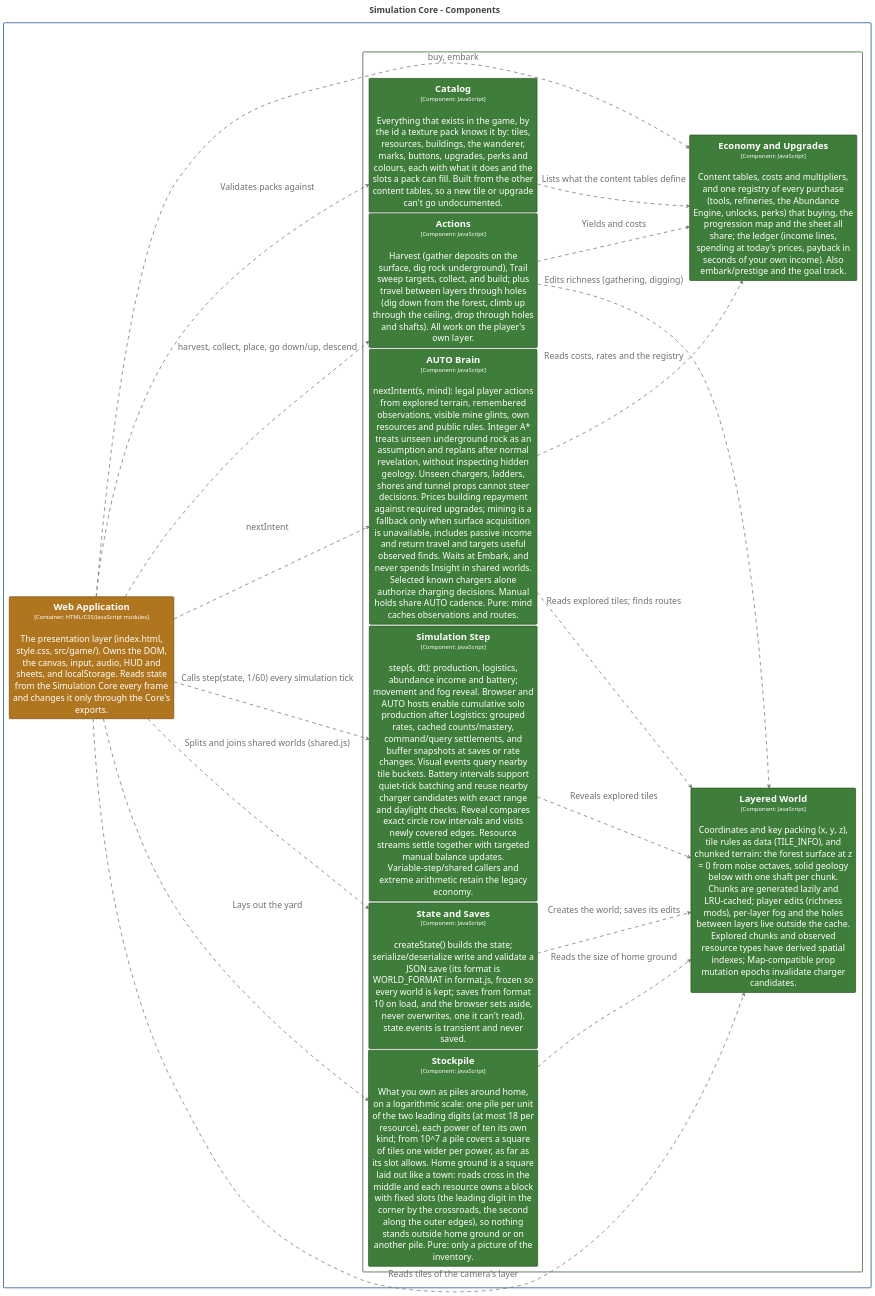
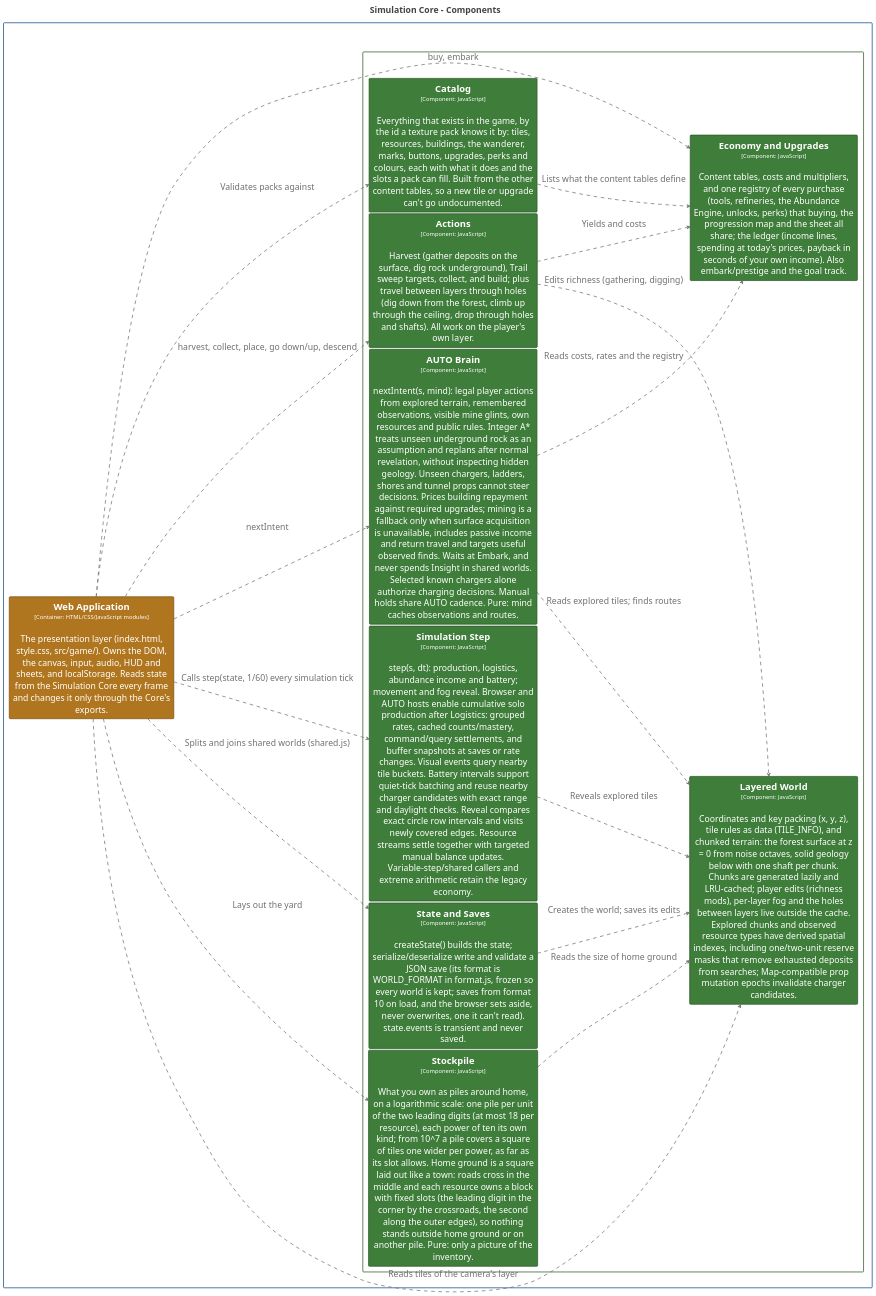
One commit to bitkojine/more-than-enough changed the diagram in structurizr/diagrams/CoreComponents.puml. Above: the diagram before and after it, drawn with PlantUML. The commit also changed 31 other files, not shown here.

Commit message:
v0.131.7: skip exhausted deposits and redundant economy observations

```diff
--- a/structurizr/diagrams/CoreComponents.puml
+++ b/structurizr/diagrams/CoreComponents.puml
@@ -2,104 +2,104 @@
 @startuml
 title <size:24>Simulation Core - Components</size>
 
 set separator none
 left to right direction
 skinparam ranksep 20
 skinparam nodesep 5
 hide stereotype
 
 <style>
   root {
     BackgroundColor: #ffffff;
     FontColor: #444444;
   }
   // Element,Component,Core Engine
   .Element-RWxlbWVudCxDb21wb25lbnQsQ29yZSBFbmdpbmU= {
     BackgroundColor: #3f7d3a;
     LineColor: #2c5728;
     LineStyle: 0;
     LineThickness: 2;
     FontColor: #ffffff;
     FontSize: 24;
     HorizontalAlignment: center;
     Shadowing: 0;
     MaximumWidth: 450;
   }
   // Element,Container,Presentation
   .Element-RWxlbWVudCxDb250YWluZXIsUHJlc2VudGF0aW9u {
     BackgroundColor: #b0761f;
     LineColor: #7b5215;
     LineStyle: 0;
     LineThickness: 2;
     FontColor: #ffffff;
     FontSize: 24;
     HorizontalAlignment: center;
     Shadowing: 0;
     MaximumWidth: 450;
   }
   // Relationship
   .Relationship-UmVsYXRpb25zaGlw {
     LineThickness: 2;
     LineStyle: 10-10;
     LineColor: #707070;
     FontColor: #707070;
     FontSize: 24;
     MaximumWidth: 200;
   }
   // MORE THAN ENOUGH
   .Boundary-TU9SRSBUSEFOIEVOT1VHSA== {
     BackgroundColor: #ffffff;
     LineColor: #0b4884;
     LineStyle: 0;
     LineThickness: 2;
     FontColor: #ffffff;
     FontSize: 24;
     HorizontalAlignment: center;
     Shadowing: 0;
   }
   // Simulation Core
   .Boundary-U2ltdWxhdGlvbiBDb3Jl {
     BackgroundColor: #ffffff;
     LineColor: #2c5728;
     LineStyle: 0;
     LineThickness: 2;
     FontColor: #ffffff;
     FontSize: 24;
     HorizontalAlignment: center;
     Shadowing: 0;
   }
 </style>
 
 rectangle "MORE THAN ENOUGH\n<size:16>[Software System]</size>" <<Boundary-TU9SRSBUSEFOIEVOT1VHSA==>> {
   rectangle "Simulation Core\n<size:16>[Container: JavaScript modules (browser + Node)]</size>" <<Boundary-U2ltdWxhdGlvbiBDb3Jl>> {
-    rectangle "==Layered World\n<size:16>[Component: JavaScript]</size>\n\nCoordinates and key packing (x, y, z), tile rules as data (TILE_INFO), and chunked terrain: the forest surface at z = 0 from noise octaves, solid geology below with one shaft per chunk. Chunks are generated lazily and LRU-cached; player edits (richness mods), per-layer fog and the holes between layers live outside the cache. Explored chunks and observed resource types have derived spatial indexes; Map-compatible prop mutation epochs invalidate charger candidates." <<Element-RWxlbWVudCxDb21wb25lbnQsQ29yZSBFbmdpbmU=>> as MORETHANENOUGH.SimulationCore.LayeredWorld
+    rectangle "==Layered World\n<size:16>[Component: JavaScript]</size>\n\nCoordinates and key packing (x, y, z), tile rules as data (TILE_INFO), and chunked terrain: the forest surface at z = 0 from noise octaves, solid geology below with one shaft per chunk. Chunks are generated lazily and LRU-cached; player edits (richness mods), per-layer fog and the holes between layers live outside the cache. Explored chunks and observed resource types have derived spatial indexes, including one/two-unit reserve masks that remove exhausted deposits from searches; Map-compatible prop mutation epochs invalidate charger candidates." <<Element-RWxlbWVudCxDb21wb25lbnQsQ29yZSBFbmdpbmU=>> as MORETHANENOUGH.SimulationCore.LayeredWorld
     rectangle "==State and Saves\n<size:16>[Component: JavaScript]</size>\n\ncreateState() builds the state; serialize/deserialize write and validate a JSON save (its format is WORLD_FORMAT in format.js, frozen so every world is kept; saves from format 10 on load, and the browser sets aside, never overwrites, one it can't read). state.events is transient and never saved." <<Element-RWxlbWVudCxDb21wb25lbnQsQ29yZSBFbmdpbmU=>> as MORETHANENOUGH.SimulationCore.StateandSaves
     rectangle "==Simulation Step\n<size:16>[Component: JavaScript]</size>\n\nstep(s, dt): production, logistics, abundance income and battery; movement and fog reveal. Browser and AUTO hosts enable cumulative solo production after Logistics: grouped rates, cached counts/mastery, command/query settlements, and buffer snapshots at saves or rate changes. Visual events query nearby tile buckets. Battery intervals support quiet-tick batching and reuse nearby charger candidates with exact range and daylight checks. Reveal compares exact circle row intervals and visits newly covered edges. Resource streams settle together with targeted manual balance updates. Variable-step/shared callers and extreme arithmetic retain the legacy economy." <<Element-RWxlbWVudCxDb21wb25lbnQsQ29yZSBFbmdpbmU=>> as MORETHANENOUGH.SimulationCore.SimulationStep
     rectangle "==Actions\n<size:16>[Component: JavaScript]</size>\n\nHarvest (gather deposits on the surface, dig rock underground), Trail sweep targets, collect, and build; plus travel between layers through holes (dig down from the forest, climb up through the ceiling, drop through holes and shafts). All work on the player's own layer." <<Element-RWxlbWVudCxDb21wb25lbnQsQ29yZSBFbmdpbmU=>> as MORETHANENOUGH.SimulationCore.Actions
     rectangle "==AUTO Brain\n<size:16>[Component: JavaScript]</size>\n\nnextIntent(s, mind): legal player actions from explored terrain, remembered observations, visible mine glints, own resources and public rules. Integer A* treats unseen underground rock as an assumption and replans after normal revelation, without inspecting hidden geology. Unseen chargers, ladders, shores and tunnel props cannot steer decisions. Prices building repayment against required upgrades; mining is a fallback only when surface acquisition is unavailable, includes passive income and return travel and targets useful observed finds. Waits at Embark, and never spends Insight in shared worlds. Selected known chargers alone authorize charging decisions. Manual holds share AUTO cadence. Pure: mind caches observations and routes." <<Element-RWxlbWVudCxDb21wb25lbnQsQ29yZSBFbmdpbmU=>> as MORETHANENOUGH.SimulationCore.AUTOBrain
     rectangle "==Stockpile\n<size:16>[Component: JavaScript]</size>\n\nWhat you own as piles around home, on a logarithmic scale: one pile per unit of the two leading digits (at most 18 per resource), each power of ten its own kind; from 10^7 a pile covers a square of tiles one wider per power, as far as its slot allows. Home ground is a square laid out like a town: roads cross in the middle and each resource owns a block with fixed slots (the leading digit in the corner by the crossroads, the second along the outer edges), so nothing stands outside home ground or on another pile. Pure: only a picture of the inventory." <<Element-RWxlbWVudCxDb21wb25lbnQsQ29yZSBFbmdpbmU=>> as MORETHANENOUGH.SimulationCore.Stockpile
     rectangle "==Catalog\n<size:16>[Component: JavaScript]</size>\n\nEverything that exists in the game, by the id a texture pack knows it by: tiles, resources, buildings, the wanderer, marks, buttons, upgrades, perks and colours, each with what it does and the slots a pack can fill. Built from the other content tables, so a new tile or upgrade can't go undocumented." <<Element-RWxlbWVudCxDb21wb25lbnQsQ29yZSBFbmdpbmU=>> as MORETHANENOUGH.SimulationCore.Catalog
     rectangle "==Economy and Upgrades\n<size:16>[Component: JavaScript]</size>\n\nContent tables, costs and multipliers, and one registry of every purchase (tools, refineries, the Abundance Engine, unlocks, perks) that buying, the progression map and the sheet all share; the ledger (income lines, spending at today's prices, payback in seconds of your own income). Also embark/prestige and the goal track." <<Element-RWxlbWVudCxDb21wb25lbnQsQ29yZSBFbmdpbmU=>> as MORETHANENOUGH.SimulationCore.EconomyandUpgrades
   }
 
   rectangle "==Web Application\n<size:16>[Container: HTML/CSS/JavaScript modules]</size>\n\nThe presentation layer (index.html, style.css, src/game/). Owns the DOM, the canvas, input, audio, HUD and sheets, and localStorage. Reads state from the Simulation Core every frame and changes it only through the Core's exports." <<Element-RWxlbWVudCxDb250YWluZXIsUHJlc2VudGF0aW9u>> as MORETHANENOUGH.WebApplication
 }
 
 MORETHANENOUGH.WebApplication --> MORETHANENOUGH.SimulationCore.Stockpile <<Relationship-UmVsYXRpb25zaGlw>> : "Lays out the yard"
 MORETHANENOUGH.SimulationCore.Stockpile --> MORETHANENOUGH.SimulationCore.LayeredWorld <<Relationship-UmVsYXRpb25zaGlw>> : "Reads the size of home ground"
 MORETHANENOUGH.WebApplication --> MORETHANENOUGH.SimulationCore.Catalog <<Relationship-UmVsYXRpb25zaGlw>> : "Validates packs against"
 MORETHANENOUGH.SimulationCore.Catalog --> MORETHANENOUGH.SimulationCore.EconomyandUpgrades <<Relationship-UmVsYXRpb25zaGlw>> : "Lists what the content tables define"
 MORETHANENOUGH.SimulationCore.SimulationStep --> MORETHANENOUGH.SimulationCore.LayeredWorld <<Relationship-UmVsYXRpb25zaGlw>> : "Reveals explored tiles"
 MORETHANENOUGH.SimulationCore.Actions --> MORETHANENOUGH.SimulationCore.LayeredWorld <<Relationship-UmVsYXRpb25zaGlw>> : "Edits richness (gathering, digging)"
 MORETHANENOUGH.SimulationCore.Actions --> MORETHANENOUGH.SimulationCore.EconomyandUpgrades <<Relationship-UmVsYXRpb25zaGlw>> : "Yields and costs"
 MORETHANENOUGH.SimulationCore.StateandSaves --> MORETHANENOUGH.SimulationCore.LayeredWorld <<Relationship-UmVsYXRpb25zaGlw>> : "Creates the world; saves its edits"
 MORETHANENOUGH.WebApplication --> MORETHANENOUGH.SimulationCore.StateandSaves <<Relationship-UmVsYXRpb25zaGlw>> : "Splits and joins shared worlds (shared.js)"
 MORETHANENOUGH.WebApplication --> MORETHANENOUGH.SimulationCore.AUTOBrain <<Relationship-UmVsYXRpb25zaGlw>> : "nextIntent"
 MORETHANENOUGH.SimulationCore.AUTOBrain --> MORETHANENOUGH.SimulationCore.LayeredWorld <<Relationship-UmVsYXRpb25zaGlw>> : "Reads explored tiles; finds routes"
 MORETHANENOUGH.SimulationCore.AUTOBrain --> MORETHANENOUGH.SimulationCore.EconomyandUpgrades <<Relationship-UmVsYXRpb25zaGlw>> : "Reads costs, rates and the registry"
 MORETHANENOUGH.WebApplication --> MORETHANENOUGH.SimulationCore.SimulationStep <<Relationship-UmVsYXRpb25zaGlw>> : "Calls step(state, 1/60) every simulation tick"
 MORETHANENOUGH.WebApplication --> MORETHANENOUGH.SimulationCore.Actions <<Relationship-UmVsYXRpb25zaGlw>> : "harvest, collect, place, go down/up, descend"
 MORETHANENOUGH.WebApplication --> MORETHANENOUGH.SimulationCore.EconomyandUpgrades <<Relationship-UmVsYXRpb25zaGlw>> : "buy, embark"
 MORETHANENOUGH.WebApplication --> MORETHANENOUGH.SimulationCore.LayeredWorld <<Relationship-UmVsYXRpb25zaGlw>> : "Reads tiles of the camera's layer"
 
 @enduml
```
